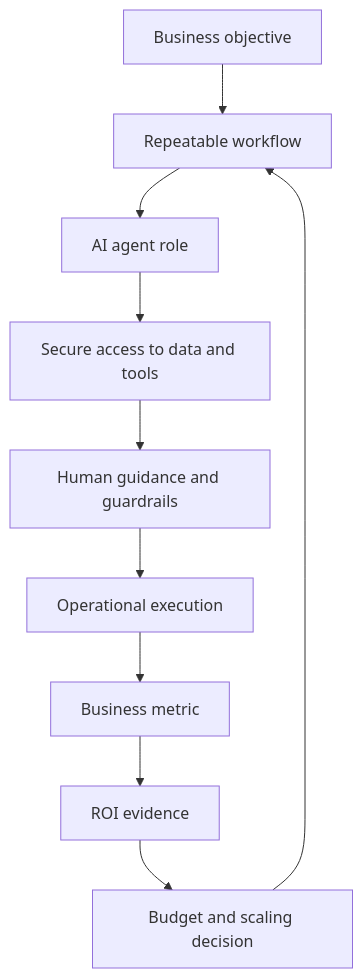
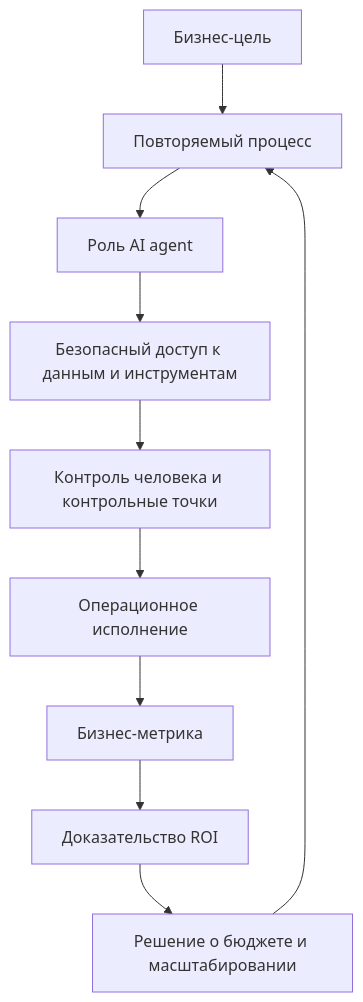
One commit to VladimirSemenyuk/KnowledgeOS changed the first of 2 diagrams in Frameworks/ai-transformation/google-cloud-roi-of-ai-2025.md. Above: the diagram before and after it, drawn with Mermaid. The commit also changed other lines of this file and 3 other files, not shown here.

````diff
--- a/Frameworks/ai-transformation/google-cloud-roi-of-ai-2025.md
+++ b/Frameworks/ai-transformation/google-cloud-roi-of-ai-2025.md
@@ -139,12 +139,12 @@
 ```mermaid
 flowchart TD
-    A["Business objective"] --> B["Repeatable workflow"]
-    B --> C["AI agent role"]
-    C --> D["Secure access to data and tools"]
-    D --> E["Human guidance and guardrails"]
-    E --> F["Operational execution"]
-    F --> G["Business metric"]
-    G --> H["ROI evidence"]
-    H --> I["Budget and scaling decision"]
+    A["Бизнес-цель"] --> B["Повторяемый процесс"]
+    B --> C["Роль AI agent"]
+    C --> D["Безопасный доступ к данным и инструментам"]
+    D --> E["Контроль человека и контрольные точки"]
+    E --> F["Операционное исполнение"]
+    F --> G["Бизнес-метрика"]
+    G --> H["Доказательство ROI"]
+    H --> I["Решение о бюджете и масштабировании"]
     I --> B
 ```
````
